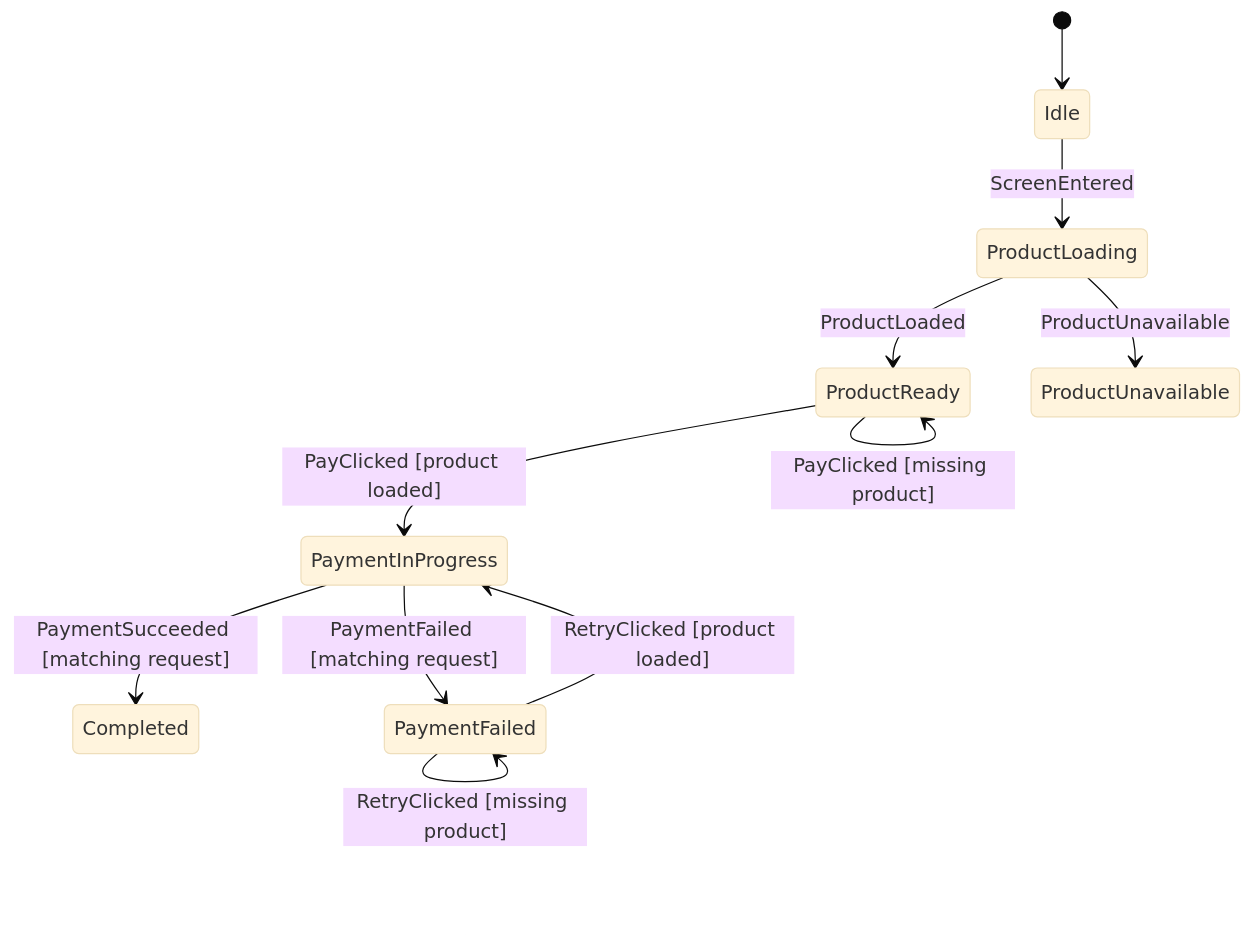
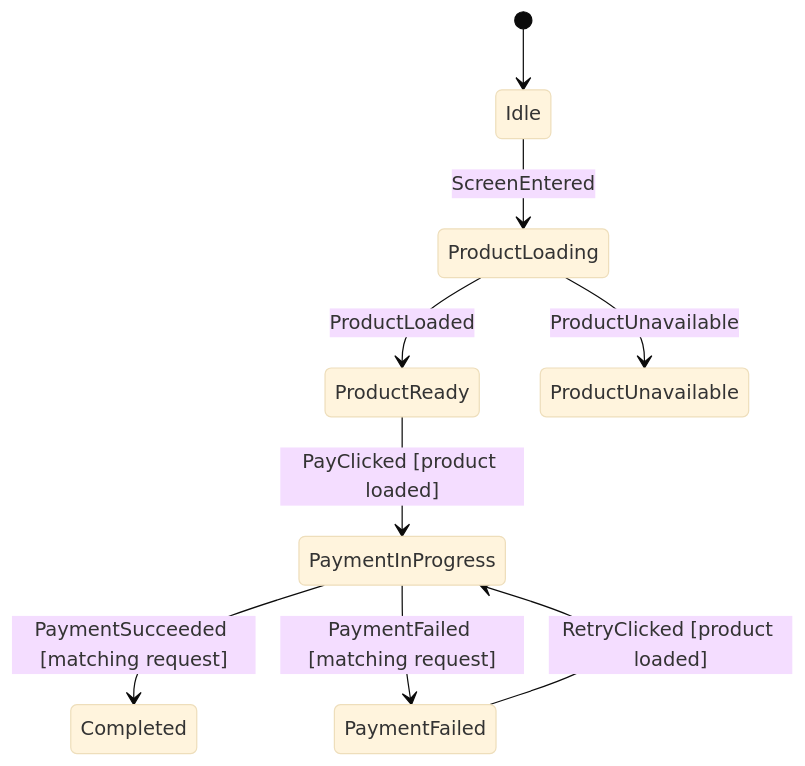
One commit to kez-lab/afsm changed the diagram in docs/checkout-walkthrough.md. Above: the diagram before and after it, drawn with Mermaid (base theme). The commit also changed other lines of this file and 32 other files, not shown here.

````diff
--- a/docs/checkout-walkthrough.md
+++ b/docs/checkout-walkthrough.md
@@ -54,14 +16,11 @@
 ```mermaid
 stateDiagram-v2
   [*] --> Idle
   Idle --> ProductLoading: ScreenEntered
   ProductLoading --> ProductReady: ProductLoaded
   ProductLoading --> ProductUnavailable: ProductUnavailable
-  state PaymentStatusUnknown
   ProductReady --> PaymentInProgress: PayClicked [product loaded]
-  ProductReady --> ProductReady: PayClicked [missing product]
   PaymentInProgress --> Completed: PaymentSucceeded [matching request]
   PaymentInProgress --> PaymentFailed: PaymentFailed [matching request]
   PaymentFailed --> PaymentInProgress: RetryClicked [product loaded]
-  PaymentFailed --> PaymentFailed: RetryClicked [missing product]
 ```
````
